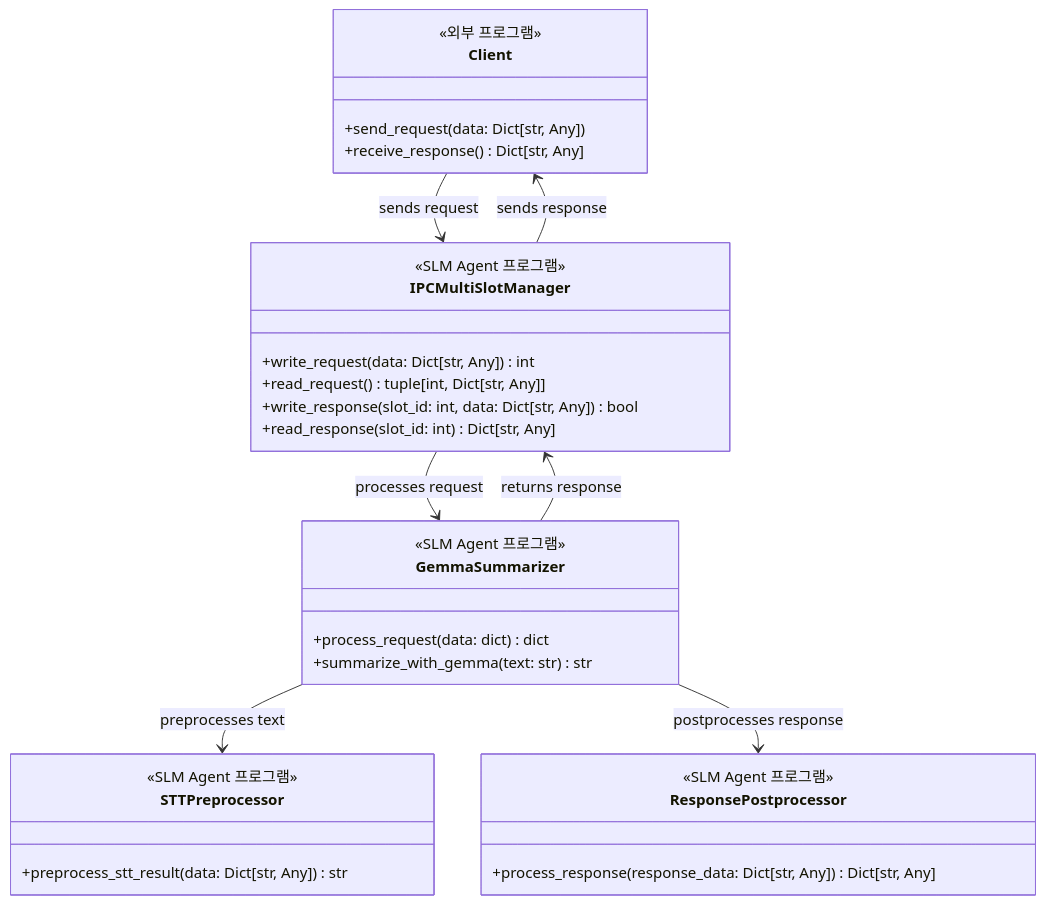
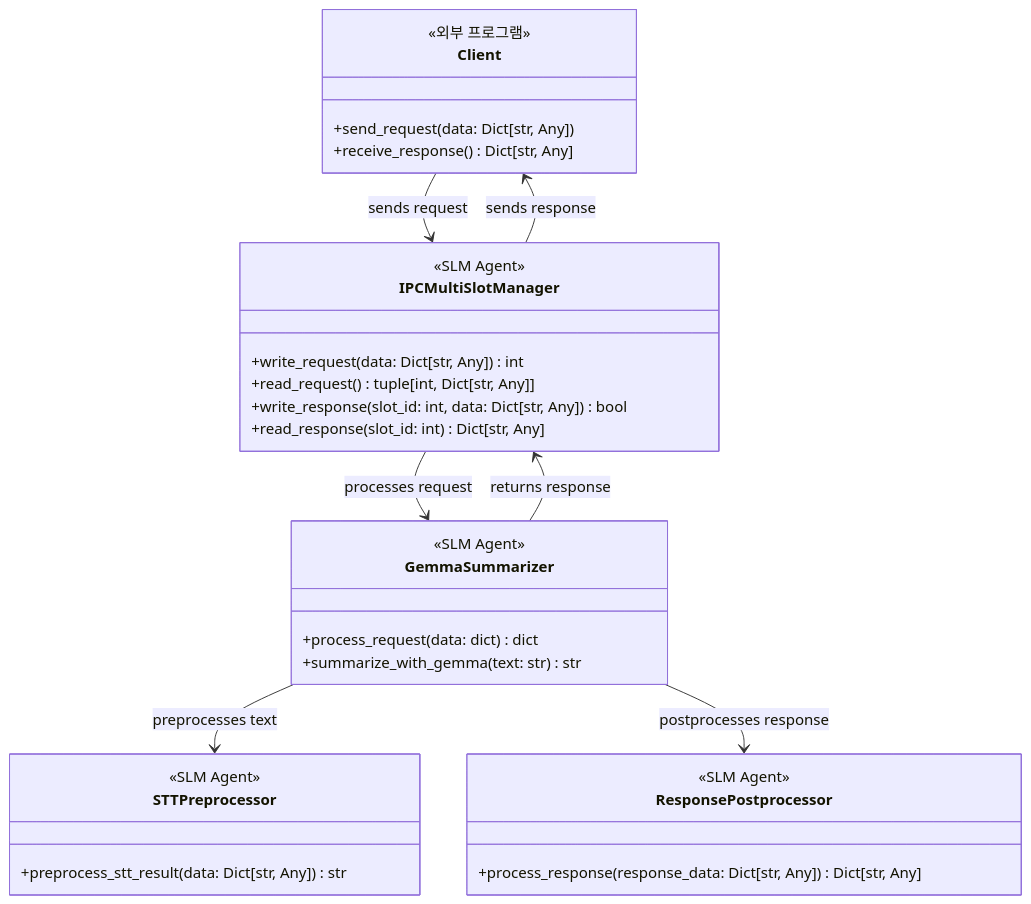
Before and after one commit to hak023/gemma-summarizer-poc: the eighth of 8 diagrams in class_diagram.md, drawn with Mermaid. The commit also changed other lines of this file and 2 other files, not shown here.

Commit message:
올바른 SLM Agent 그룹핑 적용: participant 원래 이름 + rect 구문
- participant 이름을 원래대로 복원 (라벨 표기 제거)
- rect rgb(240, 245, 255)로 SLM Agent 내부 컴포넌트들을 그룹핑
- sequence_diagram.md: 5개 시퀀스 다이어그램에 SLM Agent rect 적용
- workflow_diagram.md: 데이터 흐름 시퀀스 다이어그램에 SLM Agent rect 적용
- class_diagram.md: 스테레오타입을 'SLM Agent'로 간소화
- participant는 깔끔하게 유지하고 rect로만 그룹핑하여 가독성 향상

````diff
--- a/class_diagram.md
+++ b/class_diagram.md
@@ -375,41 +375,41 @@
 ```mermaid
 classDiagram
     %% 외부 프로그램
     class Client {
         <<외부 프로그램>>
         +send_request(data: Dict[str, Any])
         +receive_response() Dict[str, Any]
     }
 
-    %% SLM Agent 프로그램 컴포넌트들
+    %% SLM Agent 컴포넌트들
     class IPCMultiSlotManager {
-        <<SLM Agent 프로그램>>
+        <<SLM Agent>>
         +write_request(data: Dict[str, Any]) int
         +read_request() tuple[int, Dict[str, Any]]
         +write_response(slot_id: int, data: Dict[str, Any]) bool
         +read_response(slot_id: int) Dict[str, Any]
     }
 
     class GemmaSummarizer {
-        <<SLM Agent 프로그램>>
+        <<SLM Agent>>
         +process_request(data: dict) dict
         +summarize_with_gemma(text: str) str
     }
 
     class STTPreprocessor {
-        <<SLM Agent 프로그램>>
+        <<SLM Agent>>
         +preprocess_stt_result(data: Dict[str, Any]) str
     }
 
     class ResponsePostprocessor {
-        <<SLM Agent 프로그램>>
+        <<SLM Agent>>
         +process_response(response_data: Dict[str, Any]) Dict[str, Any]
     }
 
     Client --> IPCMultiSlotManager : sends request
     IPCMultiSlotManager --> GemmaSummarizer : processes request
     GemmaSummarizer --> STTPreprocessor : preprocesses text
     GemmaSummarizer --> ResponsePostprocessor : postprocesses response
     GemmaSummarizer --> IPCMultiSlotManager : returns response
     IPCMultiSlotManager --> Client : sends response
 ```
````
